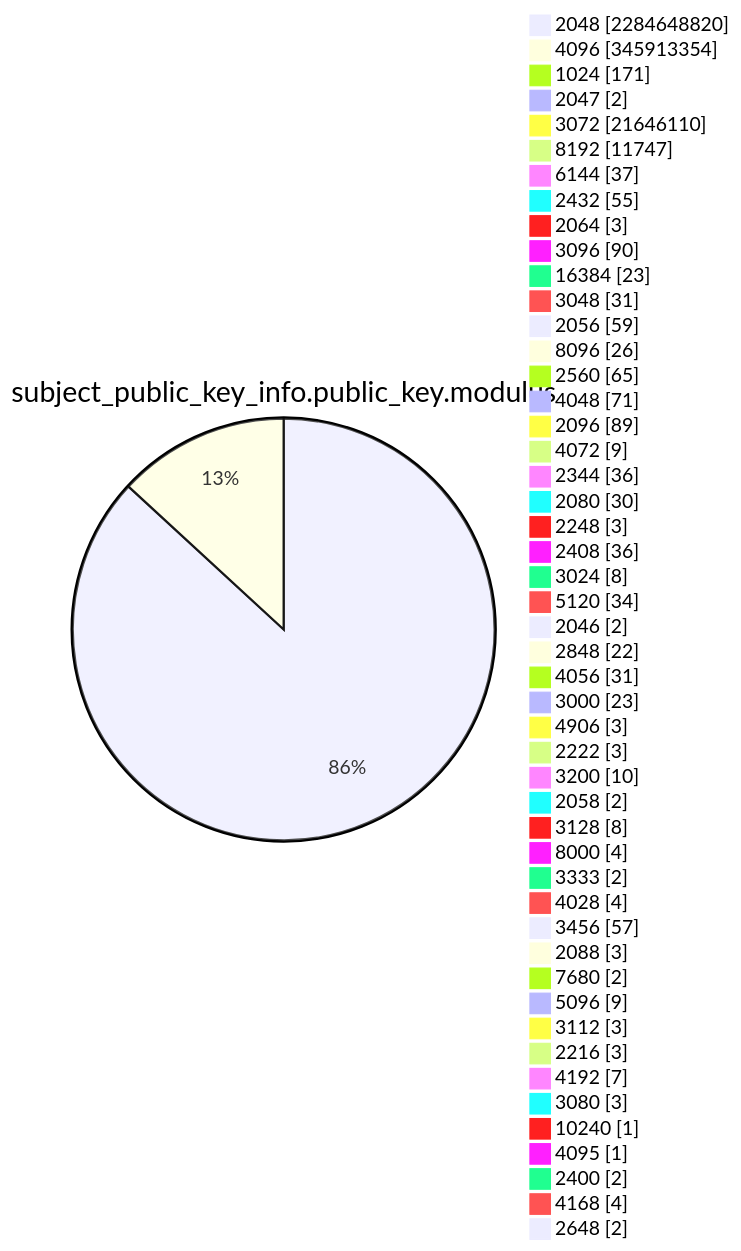
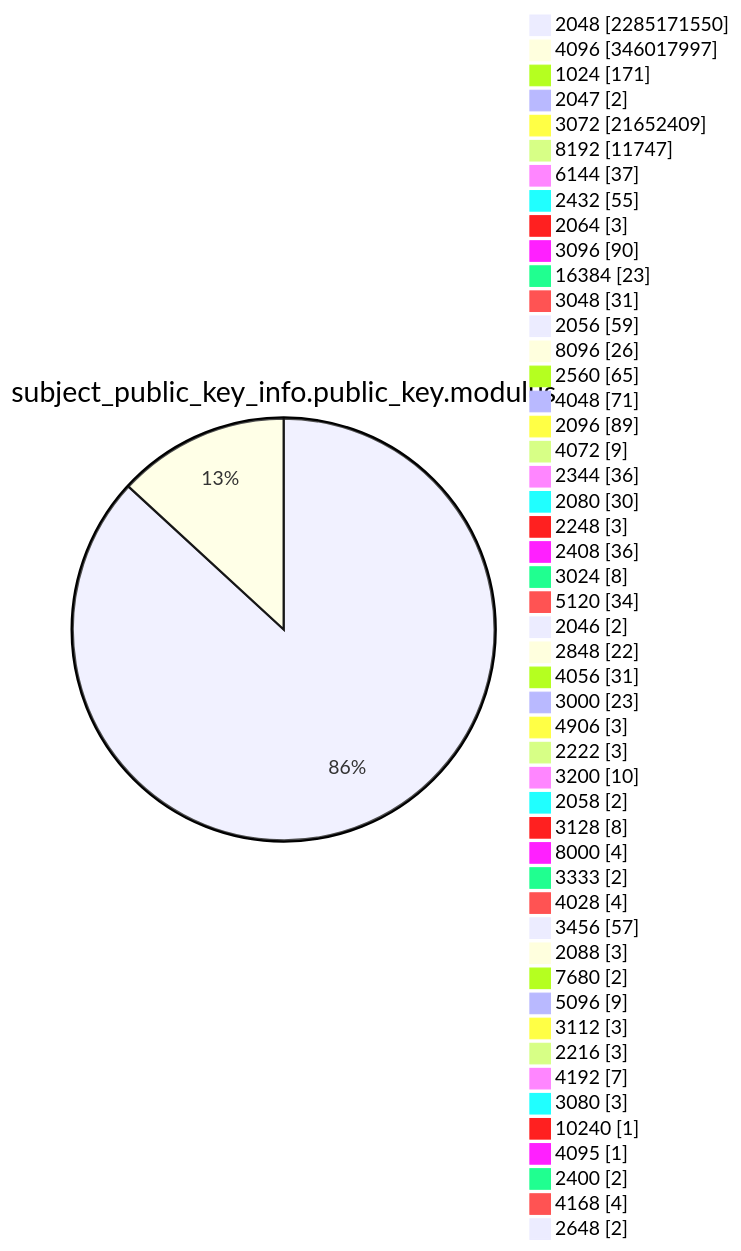
Before and after one commit to christiankrug/ctmonitor_visualization: diagram 13 of 15 in TOTAL/README.md, drawn with Mermaid. The commit also changed other lines of this file, not shown here.

````diff
--- a/TOTAL/README.md
+++ b/TOTAL/README.md
@@ -4165,53 +4165,53 @@
 ```mermaid
 pie showData
 title subject_public_key_info.public_key.modulus
-"2048" :2284648820
-"4096" :345913354
+"2048" :2285171550
+"4096" :346017997
 "1024" :171
 "2047" :2
-"3072" :21646110
+"3072" :21652409
 "8192" :11747
 "6144" :37
 "2432" :55
 "2064" :3
 "3096" :90
 "16384" :23
 "3048" :31
 "2056" :59
 "8096" :26
 "2560" :65
 "4048" :71
 "2096" :89
 "4072" :9
 "2344" :36
 "2080" :30
 "2248" :3
 "2408" :36
 "3024" :8
 "5120" :34
 "2046" :2
 "2848" :22
 "4056" :31
 "3000" :23
 "4906" :3
 "2222" :3
 "3200" :10
 "2058" :2
 "3128" :8
 "8000" :4
 "3333" :2
 "4028" :4
 "3456" :57
 "2088" :3
 "7680" :2
 "5096" :9
 "3112" :3
 "2216" :3
 "4192" :7
 "3080" :3
 "10240" :1
 "4095" :1
 "2400" :2
 "4168" :4
 "2648" :2
 ```
````
